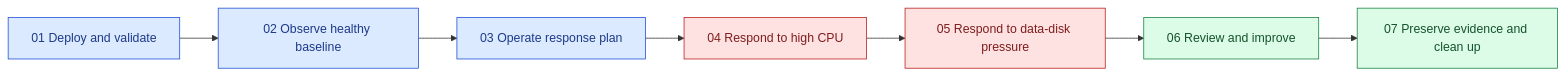
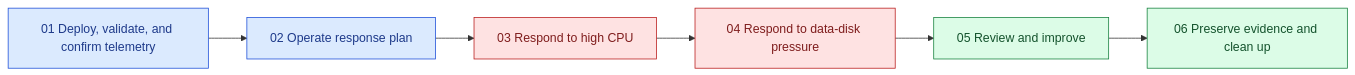
The diagram in docs/index.md (charliekw411/sre-agent-workshop), drawn with Mermaid before and after one commit. The commit also changed other lines of this file and 14 other files, not shown here.

````diff
--- a/docs/index.md
+++ b/docs/index.md
@@ -55,17 +55,17 @@
 ```mermaid
 flowchart LR
-    M1[01 Deploy and validate] --> M2[02 Observe healthy baseline]
-    M2 --> M3[03 Operate response plan]
-    M3 --> M4[04 Respond to high CPU]
-    M4 --> M5[05 Respond to data-disk pressure]
-    M5 --> M6[06 Review and improve]
-    M6 --> M7[07 Preserve evidence and clean up]
+    M1[01 Deploy, validate, and confirm telemetry]
+    M1 --> M2[02 Operate response plan]
+    M2 --> M3[03 Respond to high CPU]
+    M3 --> M4[04 Respond to data-disk pressure]
+    M4 --> M5[05 Review and improve]
+    M5 --> M6[06 Preserve evidence and clean up]
 
     classDef setup fill:#dbeafe,stroke:#1d4ed8,color:#1e3a8a
     classDef incident fill:#fee2e2,stroke:#b91c1c,color:#7f1d1d
     classDef learn fill:#dcfce7,stroke:#15803d,color:#14532d
 
-    class M1,M2,M3 setup
-    class M4,M5 incident
-    class M6,M7 learn
+    class M1,M2 setup
+    class M3,M4 incident
+    class M5,M6 learn
 ```
````
